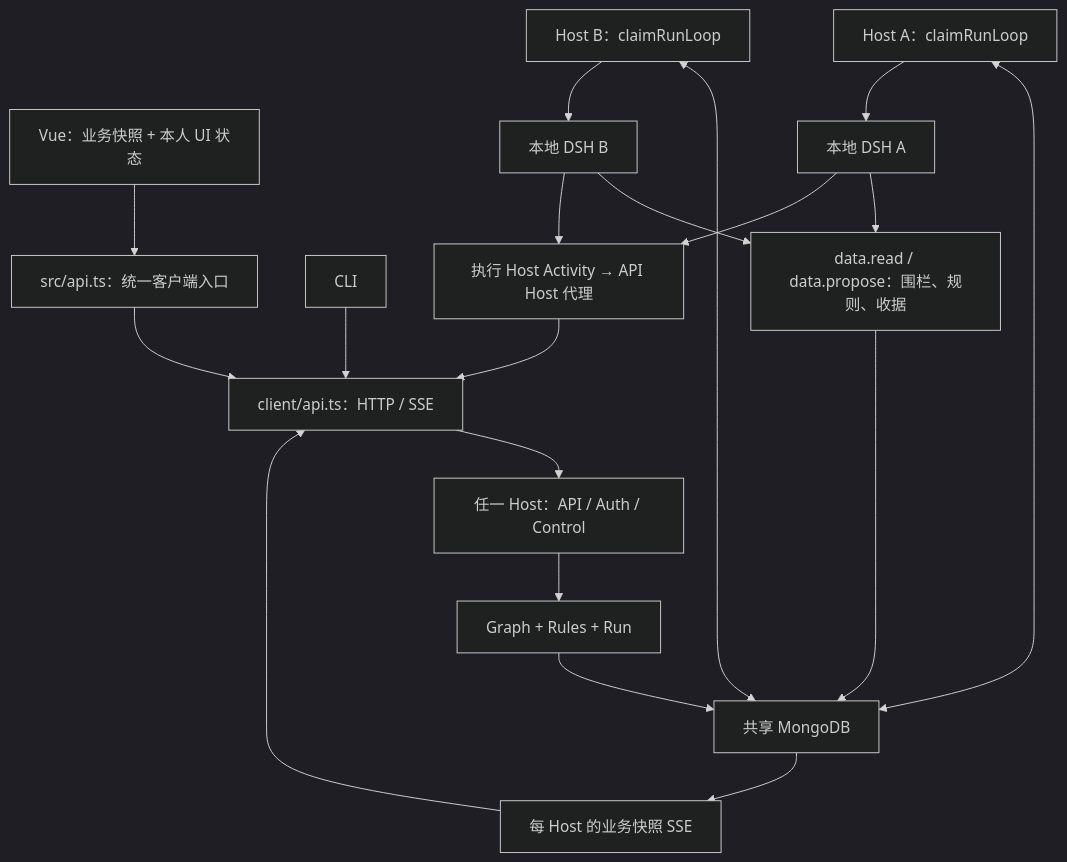
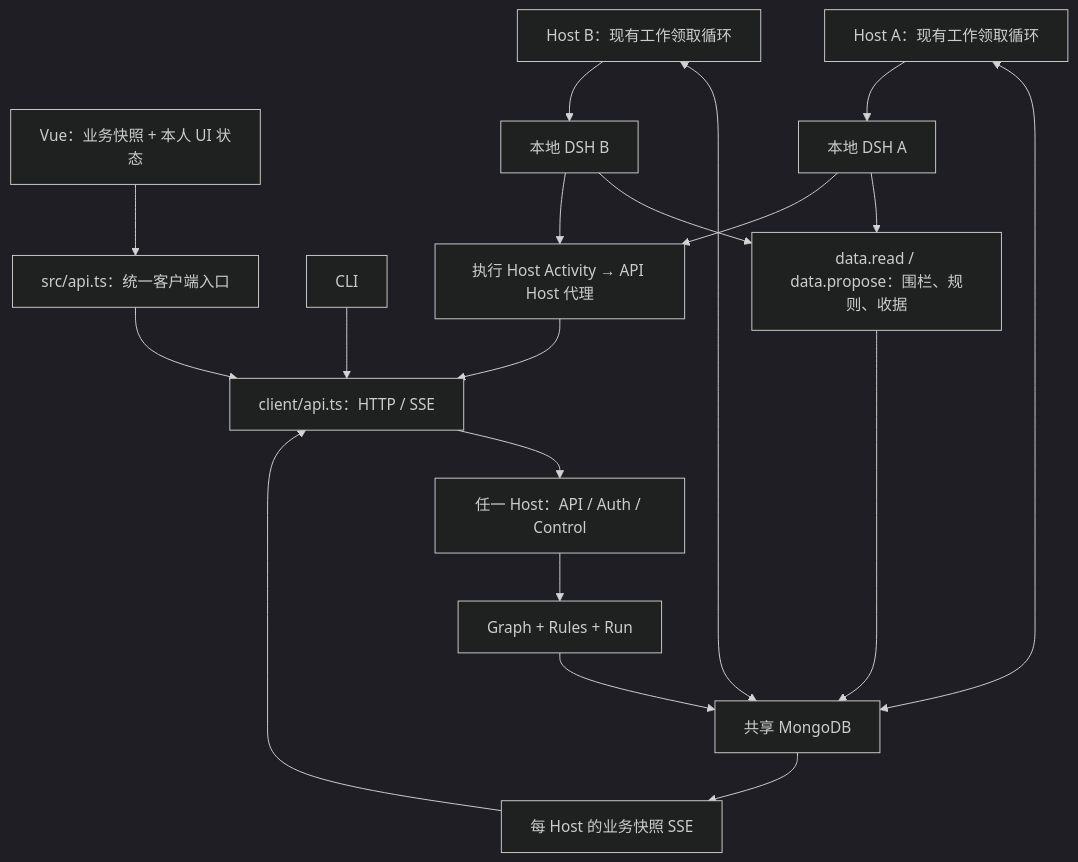
Before and after one commit to AUSIO2/ChongMing: the diagram in develop-docs/052-代码复核与实现架构.md, drawn with Mermaid (dark theme). The commit also changed other lines of this file and 66 other files, not shown here.

Commit message:
docs: document architecture migration

````diff
--- a/develop-docs/052-代码复核与实现架构.md
+++ b/develop-docs/052-代码复核与实现架构.md
@@ -58,21 +58,21 @@
 ```mermaid
 flowchart TB
   Vue["Vue：业务快照 + 本人 UI 状态"] --> Shell["src/api.ts：统一客户端入口"]
   CLI["CLI"] --> Client["client/api.ts：HTTP / SSE"]
   Shell --> Client
   Client --> Api["任一 Host：API / Auth / Control"]
   Api --> Graph["Graph + Rules + Run"]
   Graph --> DB["共享 MongoDB"]
-  A["Host A：claimRunLoop"] <--> DB
-  B["Host B：claimRunLoop"] <--> DB
+  A["Host A：现有工作领取循环"] <--> DB
+  B["Host B：现有工作领取循环"] <--> DB
   A --> DA["本地 DSH A"]
   B --> DBB["本地 DSH B"]
   DA --> P["data.read / data.propose：围栏、规则、收据"]
   DBB --> P
   P --> DB
   DB --> Stream["每 Host 的业务快照 SSE"]
   DA --> Activity["执行 Host Activity → API Host 代理"]
   DBB --> Activity
   Stream --> Client
   Activity --> Client
 ```
````
